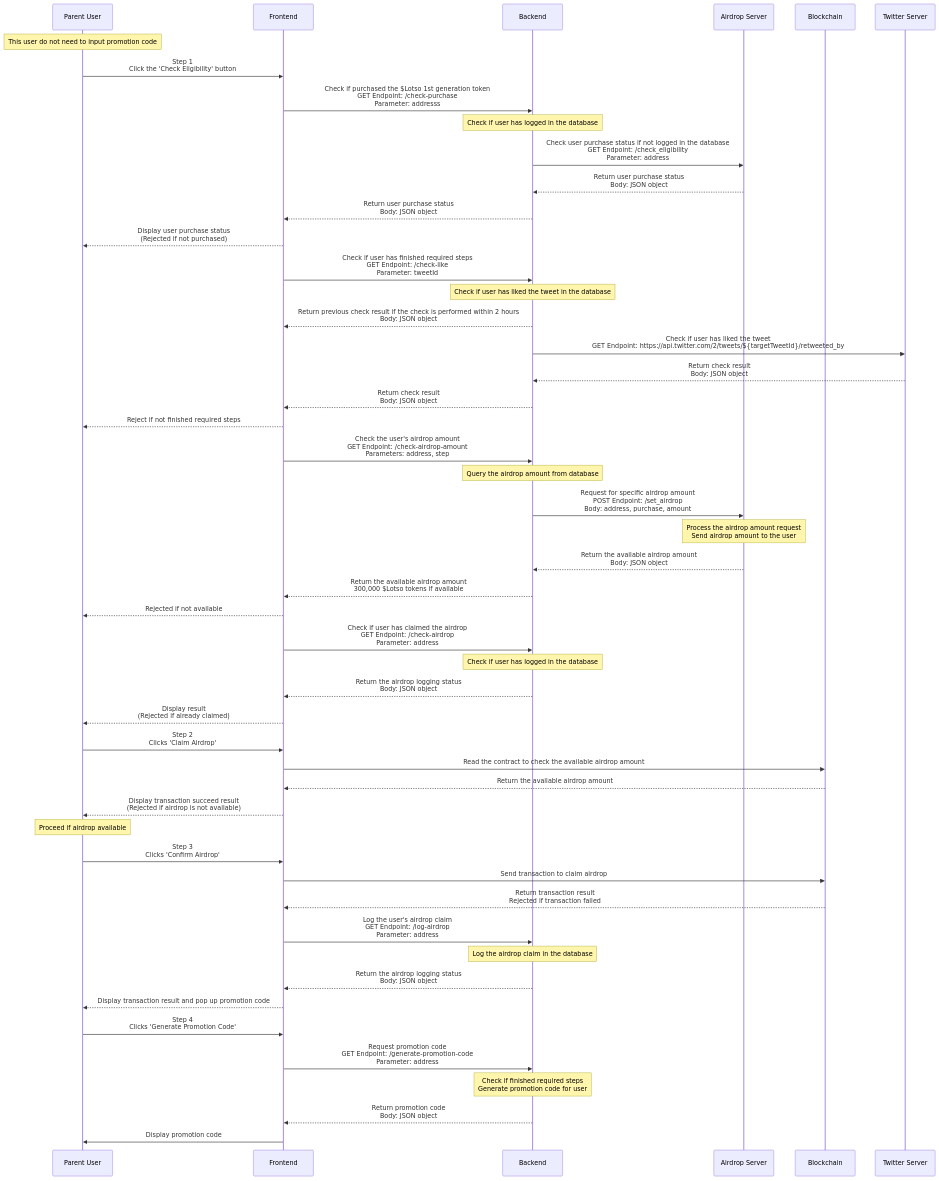
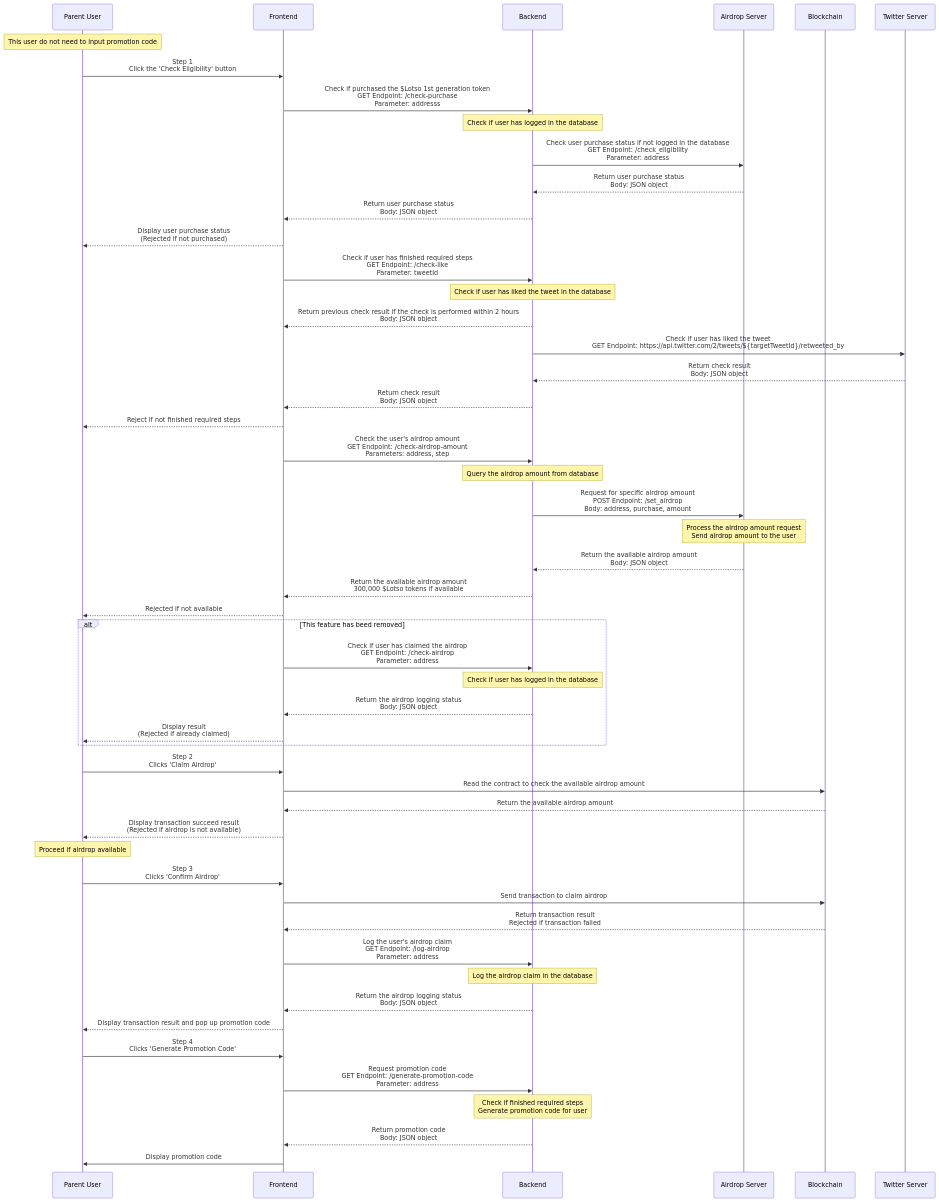
The second of 3 diagrams in README.md (BTI-US/Lotso-Twitter-Auth), drawn with Mermaid before and after one commit. The commit also changed other lines of this file and 3 other files, not shown here.

````diff
--- a/README.md
+++ b/README.md
@@ -122,57 +122,59 @@
 ```mermaid
 sequenceDiagram
     participant U as Parent User
     participant F as Frontend
     participant B as Backend
     participant S as Airdrop Server
     participant BC as Blockchain
     participant T as Twitter Server
 
     note over U: This user do not need to input promotion code
 
     U->>F: Step 1 <br>Click the 'Check Eligibility' button
     F->>B: Check if purchased the $Lotso 1st generation token <br>GET Endpoint: /check-purchase <br>Parameter: addresss
     note over B: Check if user has logged in the database
     B->>S: Check user purchase status if not logged in the database <br>GET Endpoint: /check_eligibility <br>Parameter: address
     S-->>B: Return user purchase status <br>Body: JSON object
     B-->>F: Return user purchase status <br>Body: JSON object
     F-->>U: Display user purchase status <br>(Rejected if not purchased)
     F->>B: Check if user has finished required steps <br>GET Endpoint: /check-like <br>Parameter: tweetId
     note over B: Check if user has liked the tweet in the database
     B-->>F: Return previous check result if the check is performed within 2 hours <br>Body: JSON object
     B->>T: Check if user has liked the tweet <br>GET Endpoint: https://api.twitter.com/2/tweets/${targetTweetId}/retweeted_by
     T-->>B: Return check result <br>Body: JSON object
     B-->>F: Return check result <br>Body: JSON object
     F-->>U: Reject if not finished required steps
     F->>B: Check the user's airdrop amount <br>GET Endpoint: /check-airdrop-amount <br>Parameters: address, step
     note over B: Query the airdrop amount from database
     B->>S: Request for specific airdrop amount <br>POST Endpoint: /set_airdrop <br>Body: address, purchase, amount
     note over S: Process the airdrop amount request <br> Send airdrop amount to the user
     S-->>B: Return the available airdrop amount <br>Body: JSON object
     B-->>F: Return the available airdrop amount <br> 300,000 $Lotso tokens if available
     F-->>U: Rejected if not available
+    alt This feature has beed removed
     F->>B: Check if user has claimed the airdrop <br>GET Endpoint: /check-airdrop <br>Parameter: address
     note over B: Check if user has logged in the database
     B-->>F: Return the airdrop logging status <br>Body: JSON object
     F-->>U: Display result <br>(Rejected if already claimed)
+    end
 
     U->>F: Step 2 <br>Clicks 'Claim Airdrop'
     F->>BC: Read the contract to check the available airdrop amount
     BC-->>F: Return the available airdrop amount
     F-->>U: Display transaction succeed result <br>(Rejected if airdrop is not available)
     note over U: Proceed if airdrop available
 
     U->>F: Step 3 <br>Clicks 'Confirm Airdrop'
     F->>BC: Send transaction to claim airdrop
     BC-->>F: Return transaction result <br> Rejected if transaction failed
     F->>B: Log the user's airdrop claim <br>GET Endpoint: /log-airdrop <br>Parameter: address
     note over B: Log the airdrop claim in the database
     B-->>F: Return the airdrop logging status <br>Body: JSON object
     F-->>U: Display transaction result and pop up promotion code
 
     U->>F: Step 4 <br>Clicks 'Generate Promotion Code'
     F->>B: Request promotion code <br>GET Endpoint: /generate-promotion-code <br>Parameter: address
     note over B: Check if finished required steps <br>Generate promotion code for user
     B-->>F: Return promotion code <br>Body: JSON object
     F->>U: Display promotion code
 ```
````
